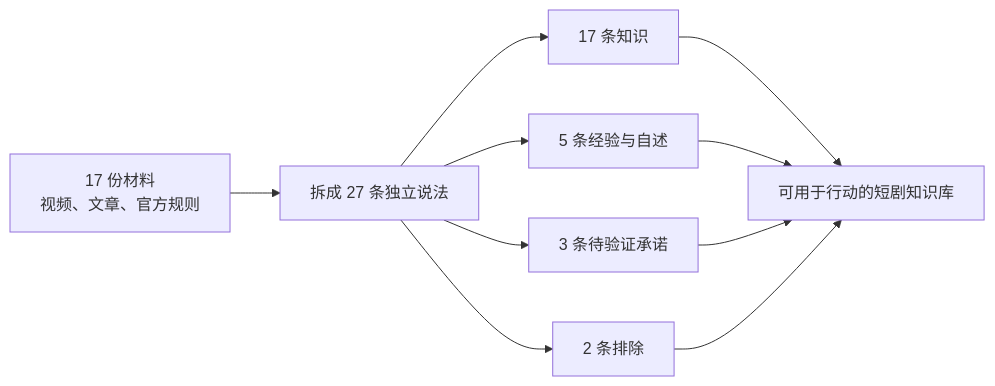
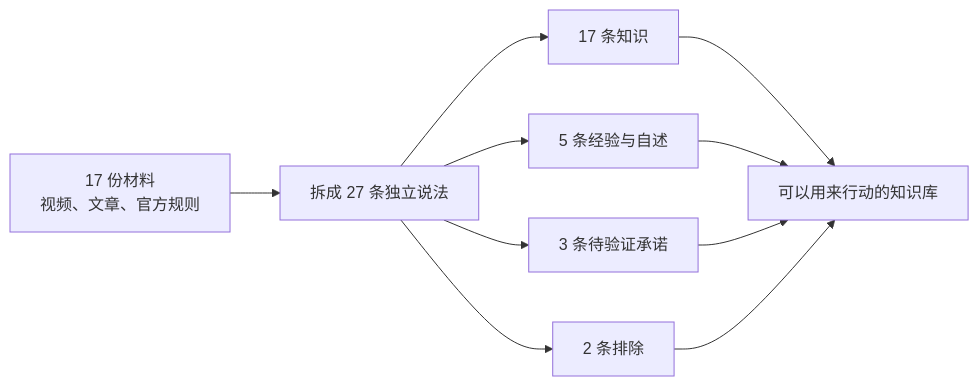
One commit to nhppyqys/knowsift changed the diagram in README.md. Above: the diagram before and after it, drawn with Mermaid. The commit also changed other lines of this file and 1 other file, not shown here.

````diff
--- a/README.md
+++ b/README.md
@@ -41,12 +127,12 @@
 ```mermaid
 flowchart LR
     A[17 份材料<br/>视频、文章、官方规则] --> B[拆成 27 条独立说法]
     B --> C[17 条知识]
     B --> D[5 条经验与自述]
     B --> E[3 条待验证承诺]
     B --> F[2 条排除]
-    C --> G[可用于行动的短剧知识库]
+    C --> G[可以用来行动的知识库]
     D --> G
     E --> G
     F --> G
 ```
````
